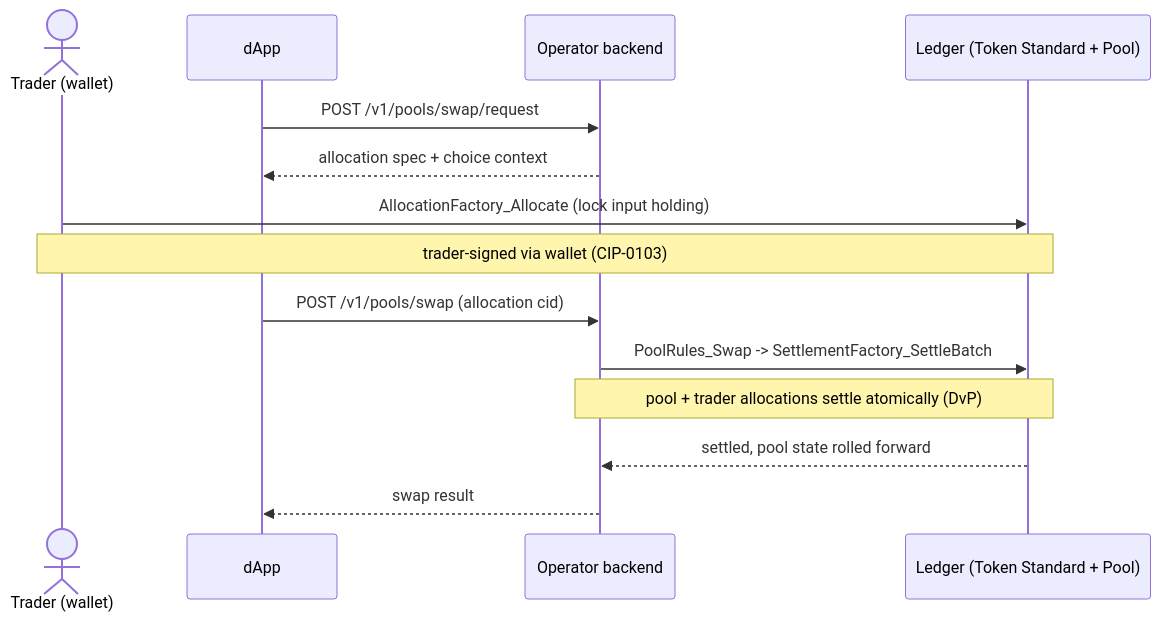
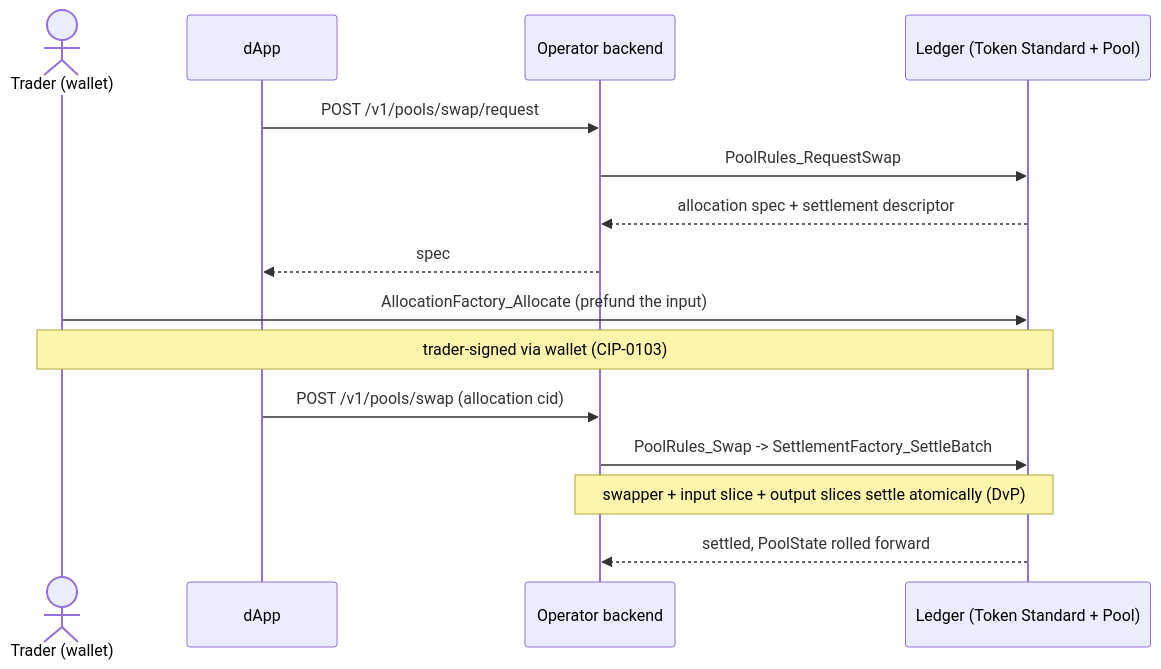
Before and after one commit to srikanth-bitdynamics/Canton-Dex-Reference-Implementation: the first of 4 diagrams in docs/concepts/workflows.md, drawn with Mermaid. The commit also changed other lines of this file and 30 other files, not shown here.

````diff
--- a/docs/concepts/workflows.md
+++ b/docs/concepts/workflows.md
@@ -149,16 +64,17 @@
 ```mermaid
 sequenceDiagram
     actor T as Trader (wallet)
     participant D as dApp
     participant O as Operator backend
     participant L as Ledger (Token Standard + Pool)
     D->>O: POST /v1/pools/swap/request
-    O-->>D: allocation spec + choice context
-    T->>L: AllocationFactory_Allocate (lock input holding)
+    O->>L: PoolRules_RequestSwap
+    L-->>O: allocation spec + settlement descriptor
+    O-->>D: spec
+    T->>L: AllocationFactory_Allocate (prefund the input)
     Note over T,L: trader-signed via wallet (CIP-0103)
     D->>O: POST /v1/pools/swap (allocation cid)
     O->>L: PoolRules_Swap -> SettlementFactory_SettleBatch
-    Note over O,L: pool + trader allocations settle atomically (DvP)
-    L-->>O: settled, pool state rolled forward
-    O-->>D: swap result
+    Note over O,L: swapper + input slice + output slices settle atomically (DvP)
+    L-->>O: settled, PoolState rolled forward
 ```
````
